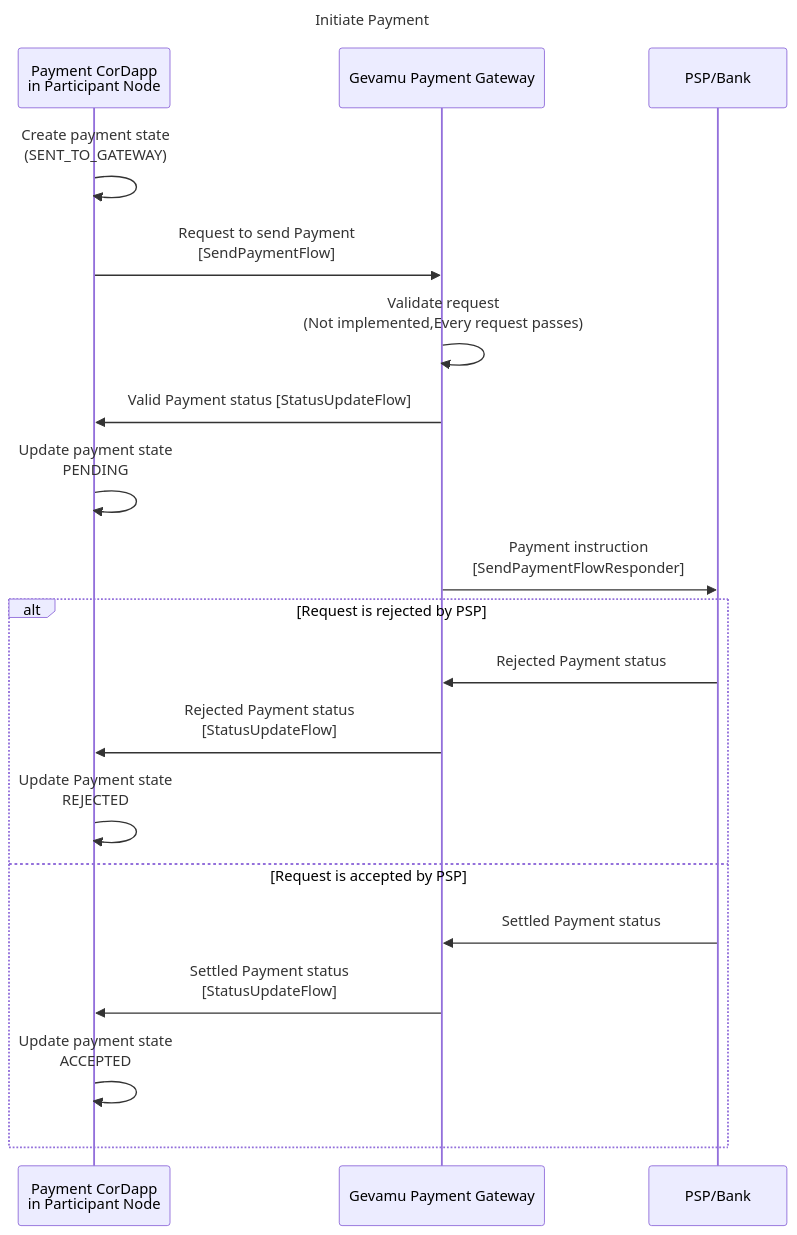
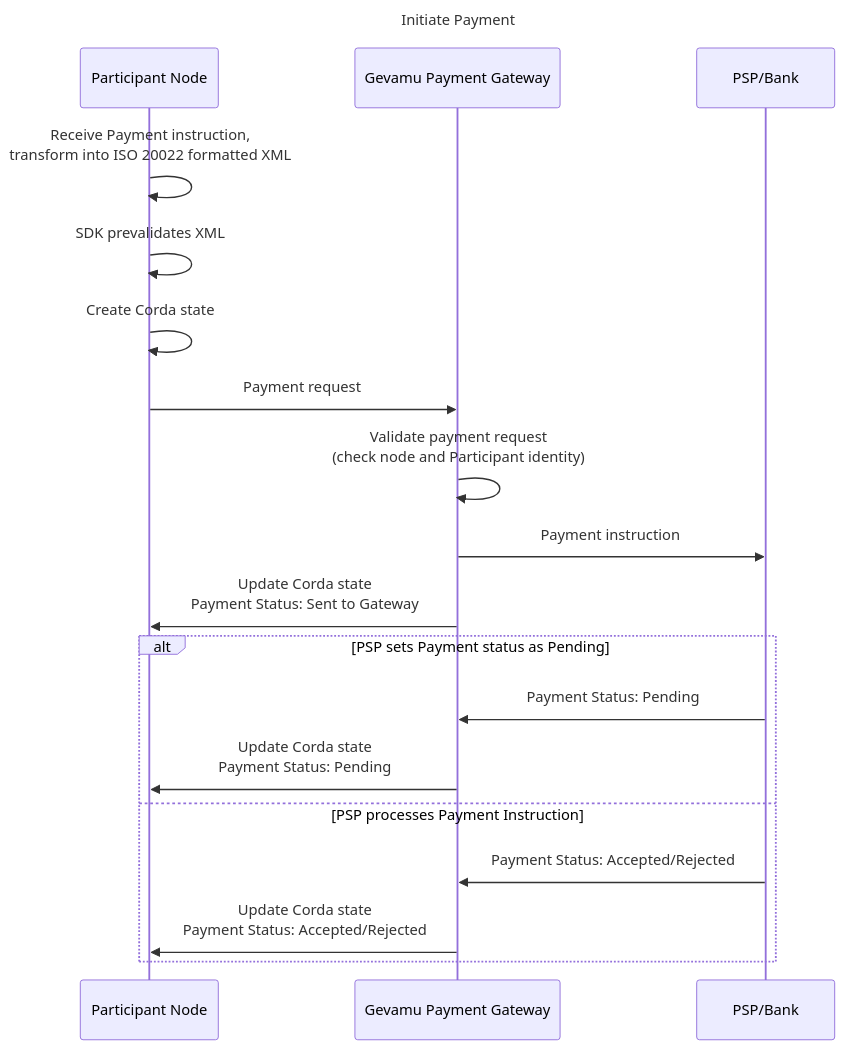
Before and after one commit to gevamu/gevamu.github.io: the diagram in content/3.workflow/4.payment-initiation.md, drawn with Mermaid. The commit also changed other lines of this file, not shown here.

Commit message:
[DO-552] Fix payment initiation flow (#11)
* Fix PaymentInitiationFLow

* Update Sequence Diagram

* remove point 6, update point 5, other fixes

* Update 4.payment-initiation.md

* removed Prevalidation else, changed alt to Pending

* removed flow names

* alt are now preValidation and validation

* minor fix

* fixed sequence diagram as per  review

* Apply suggestions from code review

Linguistic Check

* changed payment node to  participant node

---------

````diff
--- a/content/3.workflow/4.payment-initiation.md
+++ b/content/3.workflow/4.payment-initiation.md
@@ -21,35 +25,37 @@
 ```mermaid
 ---
 title: Initiate Payment
 ---
 sequenceDiagram
-   
-    participant pcd as Payment CorDapp<br/> in Participant Node
+    %% Participants
+    participant pn as Participant Node
     participant gpg as Gevamu Payment Gateway
     participant psp as PSP/Bank
 
-    pcd ->> pcd: Create payment state <br/>(SENT_TO_GATEWAY)
-    pcd ->> gpg: Request to send Payment<br/>[SendPaymentFlow]
-    gpg ->> gpg: Validate request<br/>(Not implemented,Every request passes)
+    pn ->> pn: Receive Payment instruction,  <br/> transform into ISO 20022 formatted XML
+    pn ->> pn: SDK prevalidates XML
 
-%% Valid request
-        gpg ->> pcd: Valid Payment status [StatusUpdateFlow]
-        pcd ->> pcd: Update payment state <br/> PENDING
-        gpg ->> psp: Payment instruction <br/> [SendPaymentFlowResponder]
+    %%prevalidation by SDK
+    
+    pn  ->>  pn: Create Corda state
+    pn  ->> gpg: Payment request
+    gpg ->> gpg: Validate payment request  <br/> (check node and Participant identity)
 
-    %% Rejected by PSP
+    %% after validation by Gateway
 
-        alt Request is rejected by PSP
-            psp ->> gpg: Rejected Payment status
-            gpg ->> pcd: Rejected Payment status <br/>  [StatusUpdateFlow]
-            pcd ->> pcd: Update Payment state <br/> REJECTED
+    gpg ->> psp: Payment instruction
+    gpg ->> pn:  Update Corda state <br/> Payment Status: Sent to Gateway
 
-    %% Accepted by PSP 
-
-        else Request is accepted by PSP
-            psp ->> gpg: Settled Payment status
-            gpg ->> pcd: Settled Payment status <br/>  [StatusUpdateFlow]
-            pcd ->> pcd: Update payment state <br/> ACCEPTED
-        end
-
+    %% Pending Status by PSP
+    alt PSP sets Payment status as Pending
+    psp ->> gpg: Payment Status: Pending
+    gpg ->> pn : Update Corda state <br/> Payment Status: Pending 
+    
+    %% Request has been processed by PSP 
+    else PSP processes Payment Instruction
+    psp ->> gpg: Payment Status: Accepted/Rejected
+    gpg ->> pn : Update Corda state <br/> Payment Status: Accepted/Rejected 
+    end
+            
+    
 ```
````
